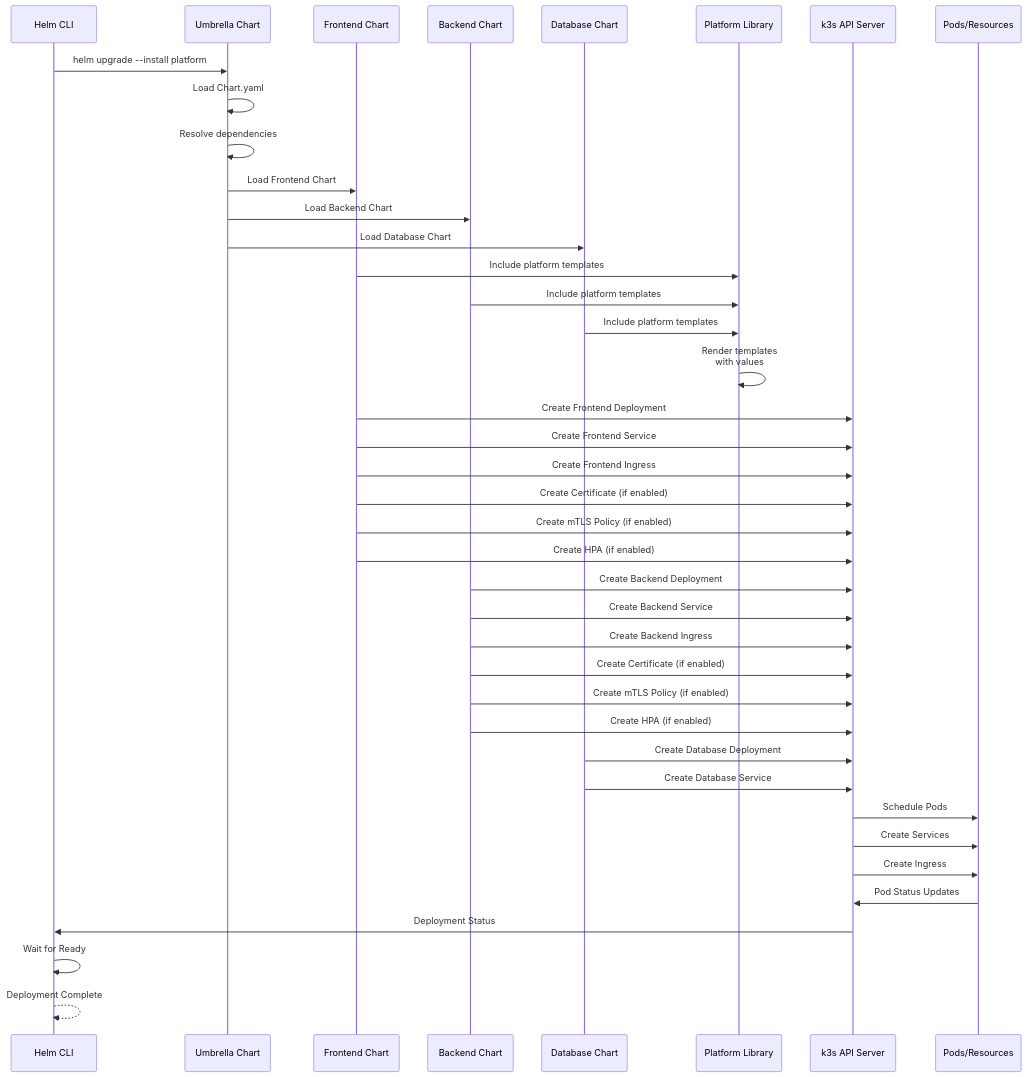
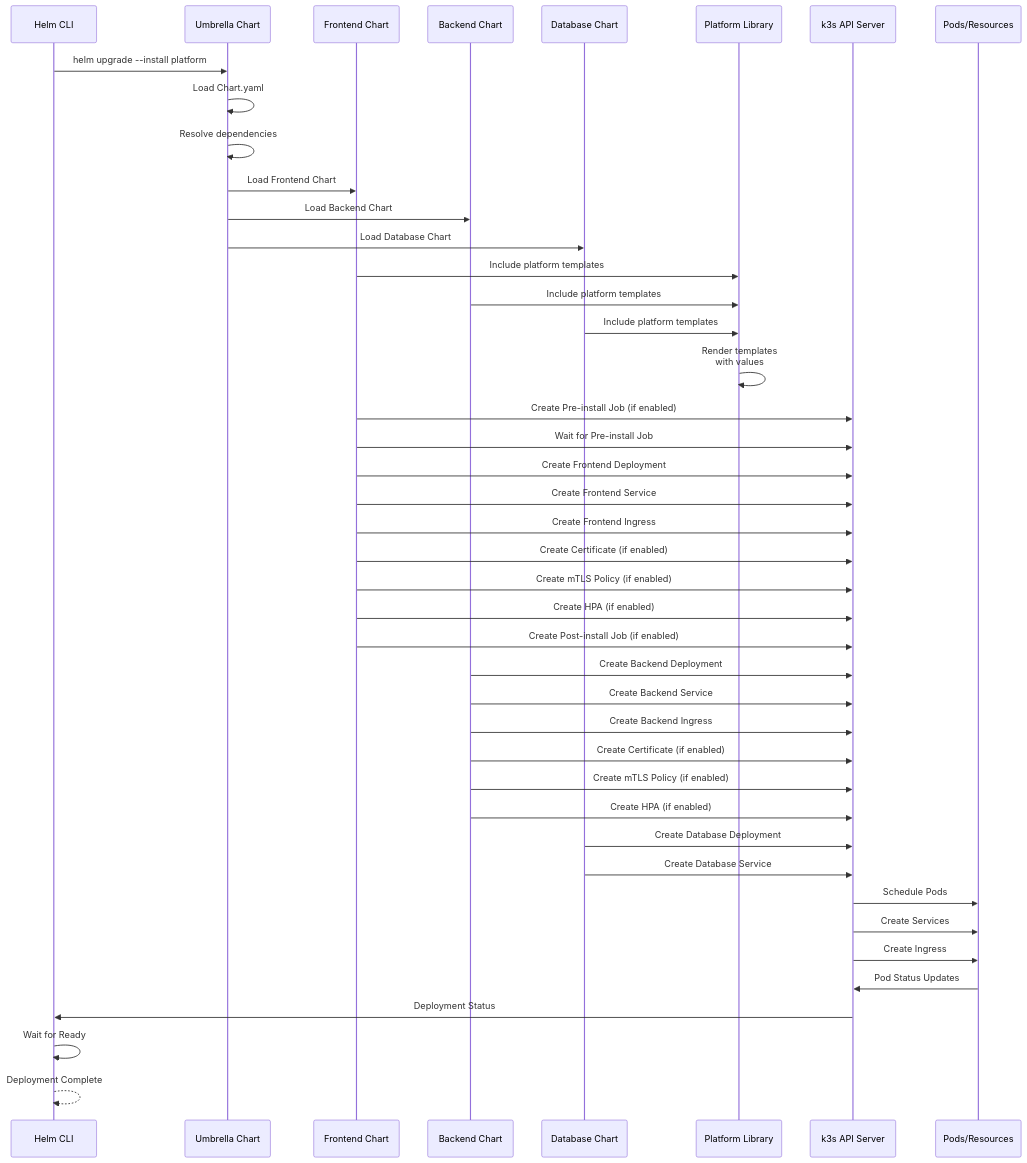
The seventh of 20 diagrams in DIAGRAMS.md (caretak3r/helm-factory), drawn with Mermaid before and after one commit. The commit also changed other lines of this file and 16 other files, not shown here.

````diff
--- a/DIAGRAMS.md
+++ b/DIAGRAMS.md
@@ -372,52 +383,55 @@
 ```mermaid
 sequenceDiagram
     participant Helm as Helm CLI
     participant Umbrella as Umbrella Chart
     participant Dep1 as Frontend Chart
     participant Dep2 as Backend Chart
     participant Dep3 as Database Chart
     participant Library as Platform Library
     participant k3s as k3s API Server
     participant Pods as Pods/Resources
     
     Helm->>Umbrella: helm upgrade --install platform
     Umbrella->>Umbrella: Load Chart.yaml
     Umbrella->>Umbrella: Resolve dependencies
     
     Umbrella->>Dep1: Load Frontend Chart
     Umbrella->>Dep2: Load Backend Chart
     Umbrella->>Dep3: Load Database Chart
     
     Dep1->>Library: Include platform templates
     Dep2->>Library: Include platform templates
     Dep3->>Library: Include platform templates
     
     Library->>Library: Render templates<br/>with values
     
+    Dep1->>k3s: Create Pre-install Job (if enabled)
+    Dep1->>k3s: Wait for Pre-install Job
     Dep1->>k3s: Create Frontend Deployment
     Dep1->>k3s: Create Frontend Service
     Dep1->>k3s: Create Frontend Ingress
     Dep1->>k3s: Create Certificate (if enabled)
     Dep1->>k3s: Create mTLS Policy (if enabled)
     Dep1->>k3s: Create HPA (if enabled)
+    Dep1->>k3s: Create Post-install Job (if enabled)
     
     Dep2->>k3s: Create Backend Deployment
     Dep2->>k3s: Create Backend Service
     Dep2->>k3s: Create Backend Ingress
     Dep2->>k3s: Create Certificate (if enabled)
     Dep2->>k3s: Create mTLS Policy (if enabled)
     Dep2->>k3s: Create HPA (if enabled)
     
     Dep3->>k3s: Create Database Deployment
     Dep3->>k3s: Create Database Service
     
     k3s->>Pods: Schedule Pods
     k3s->>Pods: Create Services
     k3s->>Pods: Create Ingress
     
     Pods->>k3s: Pod Status Updates
     k3s->>Helm: Deployment Status
     
     Helm->>Helm: Wait for Ready
     Helm-->>Helm: Deployment Complete
 ```
````
